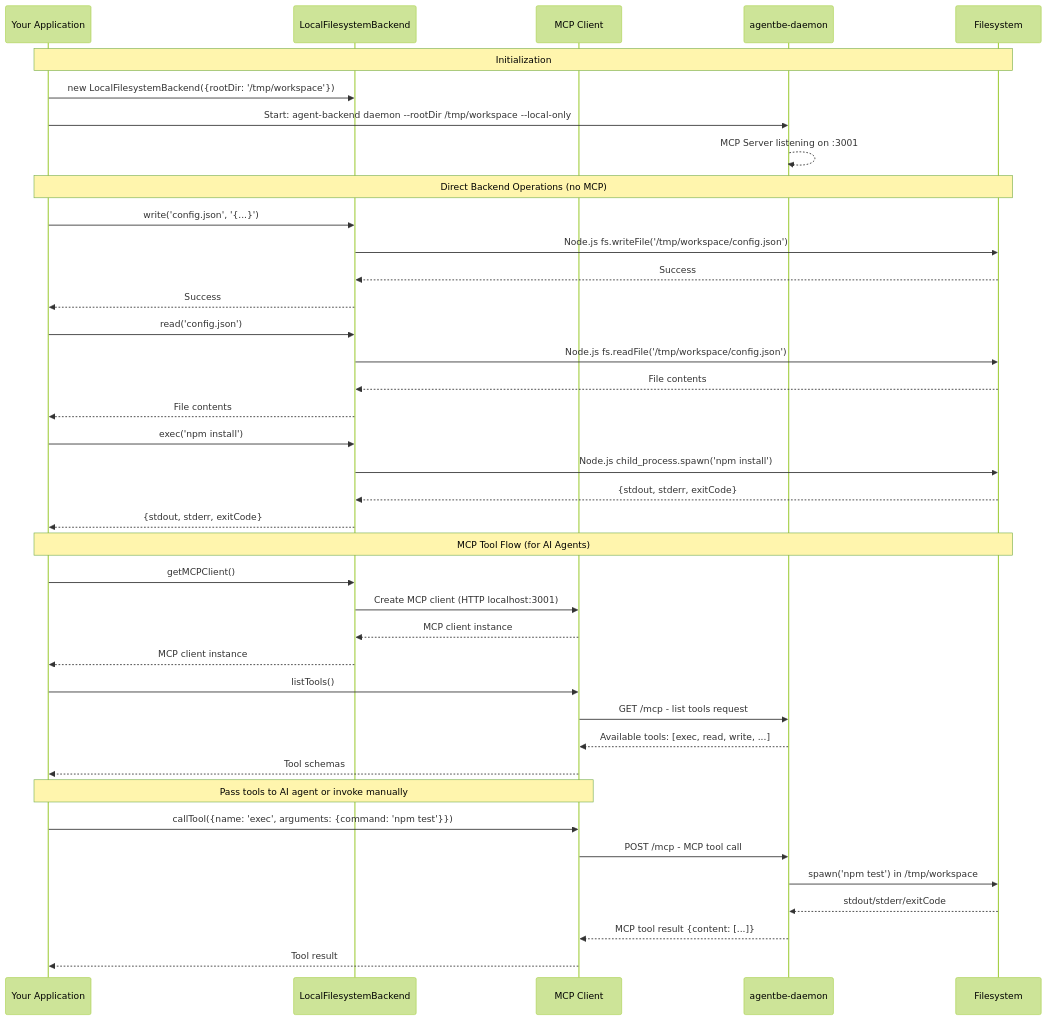
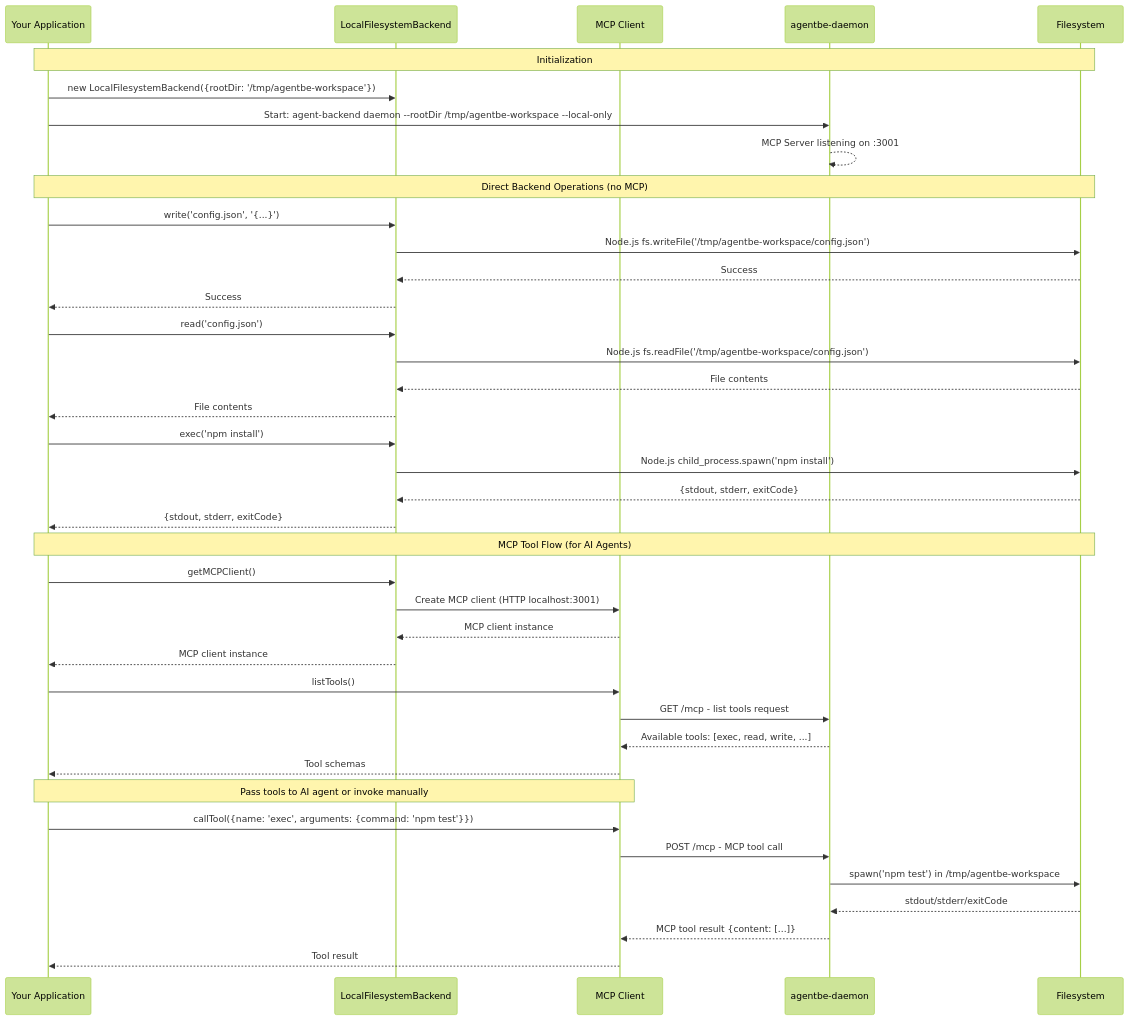
Before and after one commit to deepagents-ai/agent-backend: the third of 7 diagrams in docs/architecture.md, drawn with Mermaid (forest theme). The commit also changed other lines of this file and 51 other files, not shown here.

````diff
--- a/docs/architecture.md
+++ b/docs/architecture.md
@@ -136,48 +136,48 @@
 ```mermaid
 sequenceDiagram
     participant App as Your Application
     participant LFB as LocalFilesystemBackend
     participant MCP as MCP Client
     participant Daemon as agentbe-daemon
     participant FS as Filesystem
 
     Note over App,FS: Initialization
-    App->>LFB: new LocalFilesystemBackend({rootDir: '/tmp/workspace'})
-    App->>Daemon: Start: agent-backend daemon --rootDir /tmp/workspace --local-only
+    App->>LFB: new LocalFilesystemBackend({rootDir: '/tmp/agentbe-workspace'})
+    App->>Daemon: Start: agent-backend daemon --rootDir /tmp/agentbe-workspace --local-only
     Daemon-->>Daemon: MCP Server listening on :3001
 
     Note over App,FS: Direct Backend Operations (no MCP)
     App->>LFB: write('config.json', '{...}')
-    LFB->>FS: Node.js fs.writeFile('/tmp/workspace/config.json')
+    LFB->>FS: Node.js fs.writeFile('/tmp/agentbe-workspace/config.json')
     FS-->>LFB: Success
     LFB-->>App: Success
 
     App->>LFB: read('config.json')
-    LFB->>FS: Node.js fs.readFile('/tmp/workspace/config.json')
+    LFB->>FS: Node.js fs.readFile('/tmp/agentbe-workspace/config.json')
     FS-->>LFB: File contents
     LFB-->>App: File contents
 
     App->>LFB: exec('npm install')
     LFB->>FS: Node.js child_process.spawn('npm install')
     FS-->>LFB: {stdout, stderr, exitCode}
     LFB-->>App: {stdout, stderr, exitCode}
 
     Note over App,FS: MCP Tool Flow (for AI Agents)
     App->>LFB: getMCPClient()
     LFB->>MCP: Create MCP client (HTTP localhost:3001)
     MCP-->>LFB: MCP client instance
     LFB-->>App: MCP client instance
 
     App->>MCP: listTools()
     MCP->>Daemon: GET /mcp - list tools request
     Daemon-->>MCP: Available tools: [exec, read, write, ...]
     MCP-->>App: Tool schemas
 
     Note over App,MCP: Pass tools to AI agent or invoke manually
     App->>MCP: callTool({name: 'exec', arguments: {command: 'npm test'}})
     MCP->>Daemon: POST /mcp - MCP tool call
-    Daemon->>FS: spawn('npm test') in /tmp/workspace
+    Daemon->>FS: spawn('npm test') in /tmp/agentbe-workspace
     FS-->>Daemon: stdout/stderr/exitCode
     Daemon-->>MCP: MCP tool result {content: [...]}
     MCP-->>App: Tool result
 ```
````
